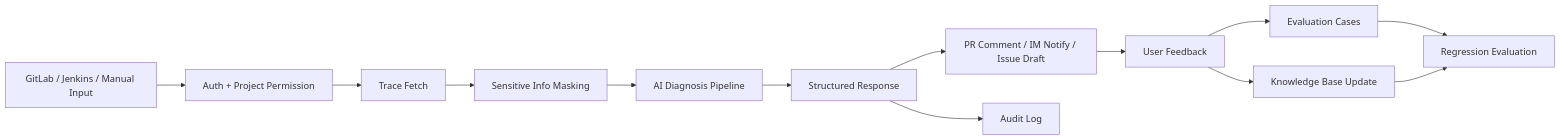
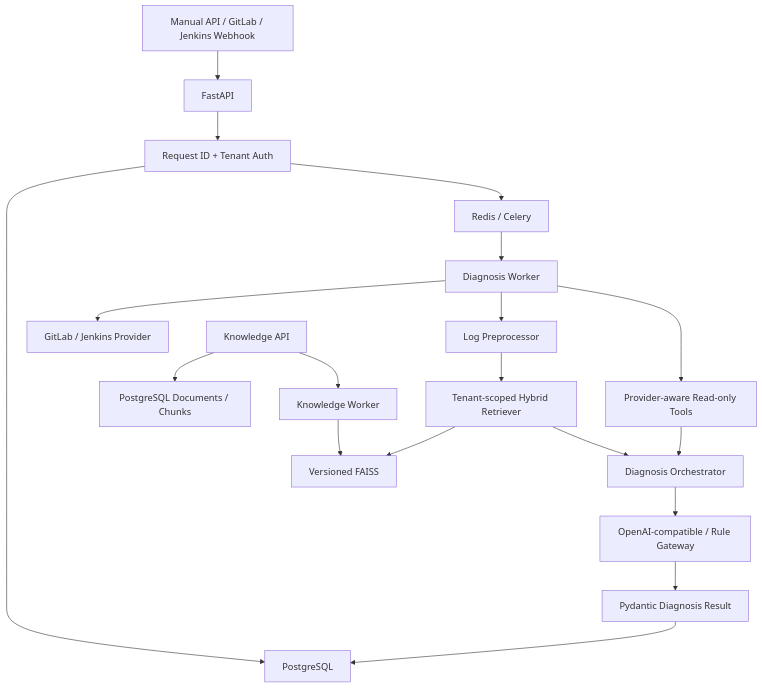
The diagram in docs/architecture.md (goblinM/ci-assistant-platform), drawn with Mermaid before and after one commit. The commit also changed other lines of this file and 6 other files, not shown here.

````diff
--- a/docs/architecture.md
+++ b/docs/architecture.md
@@ -62,15 +8,23 @@
 ```mermaid
-flowchart LR
-    A["GitLab / Jenkins / Manual Input"] --> B["Auth + Project Permission"]
-    B --> C["Trace Fetch"]
-    C --> D["Sensitive Info Masking"]
-    D --> E["AI Diagnosis Pipeline"]
-    E --> F["Structured Response"]
-    F --> G["PR Comment / IM Notify / Issue Draft"]
-    F --> H["Audit Log"]
-    G --> I["User Feedback"]
-    I --> J["Evaluation Cases"]
-    I --> K["Knowledge Base Update"]
-    J --> L["Regression Evaluation"]
+flowchart TD
+    A["Manual API / GitLab / Jenkins Webhook"] --> B["FastAPI"]
+    B --> C["Request ID + Tenant Auth"]
+    C --> D["PostgreSQL"]
+    C --> E["Redis / Celery"]
+    E --> F["Diagnosis Worker"]
+
+    F --> G["GitLab / Jenkins Provider"]
+    F --> H["Log Preprocessor"]
+    H --> I["Tenant-scoped Hybrid Retriever"]
+    I --> J["Versioned FAISS"]
+    F --> K["Provider-aware Read-only Tools"]
+    I --> L["Diagnosis Orchestrator"]
     K --> L
+    L --> M["OpenAI-compatible / Rule Gateway"]
+    M --> N["Pydantic Diagnosis Result"]
+    N --> D
+
+    O["Knowledge API"] --> P["PostgreSQL Documents / Chunks"]
+    O --> Q["Knowledge Worker"]
+    Q --> J
 ```
````
